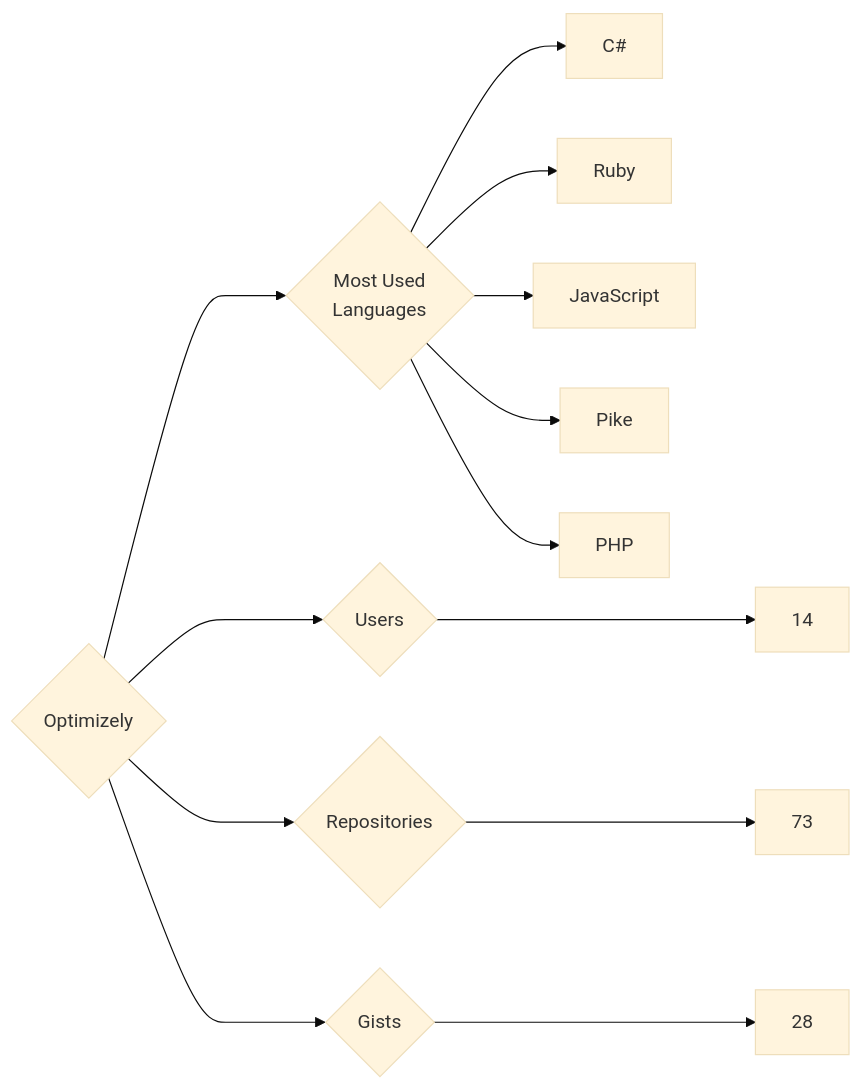
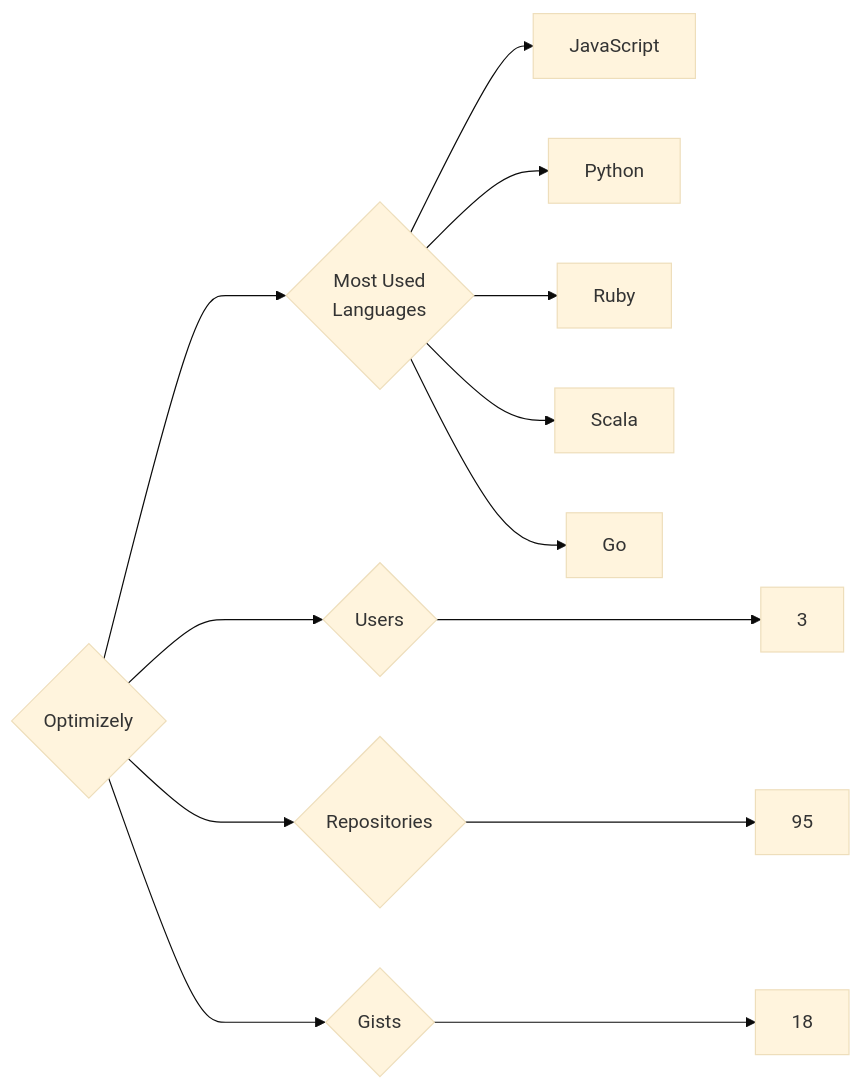
The diagram in targets/Optimizely/README.md (trickest/insiders), drawn with Mermaid (base theme) before and after one commit. The commit also changed 796 other files, not shown here.

````diff
--- a/targets/Optimizely/README.md
+++ b/targets/Optimizely/README.md
@@ -3,13 +3,13 @@
 ```mermaid
 graph LR
 COMPANY_NAME{Optimizely}
-COMPANY_NAME ---> U{Users} ---> UN[14]
-COMPANY_NAME ---> R{Repositories} ---> RN[73]
-COMPANY_NAME ---> G{Gists} ---> GN[28]
+COMPANY_NAME ---> U{Users} ---> UN[3]
+COMPANY_NAME ---> R{Repositories} ---> RN[95]
+COMPANY_NAME ---> G{Gists} ---> GN[18]
 COMPANY_NAME ---> ML{Most Used<br>Languages}
-ML --> C#[C#]
+ML --> JavaScript[JavaScript]
+ML --> Python[Python]
 ML --> Ruby[Ruby]
-ML --> JavaScript[JavaScript]
-ML --> Pike[Pike]
-ML --> PHP[PHP]
+ML --> Scala[Scala]
+ML --> Go[Go]
 ```
````
